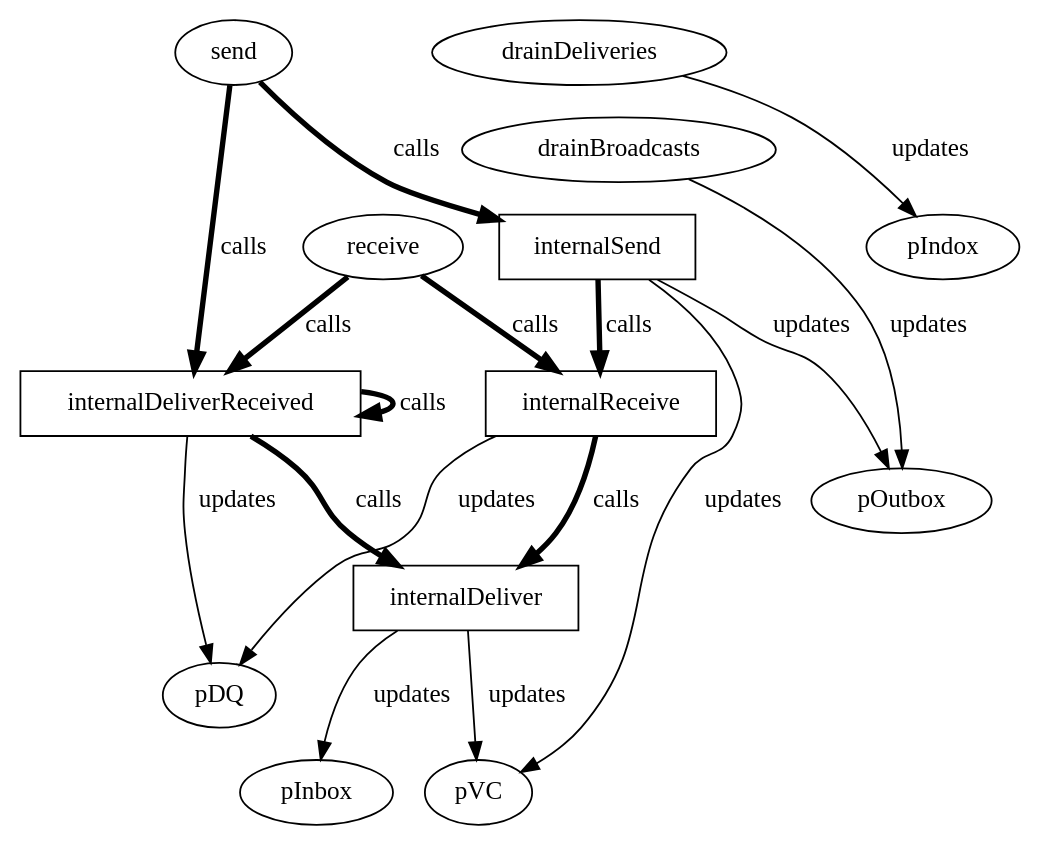
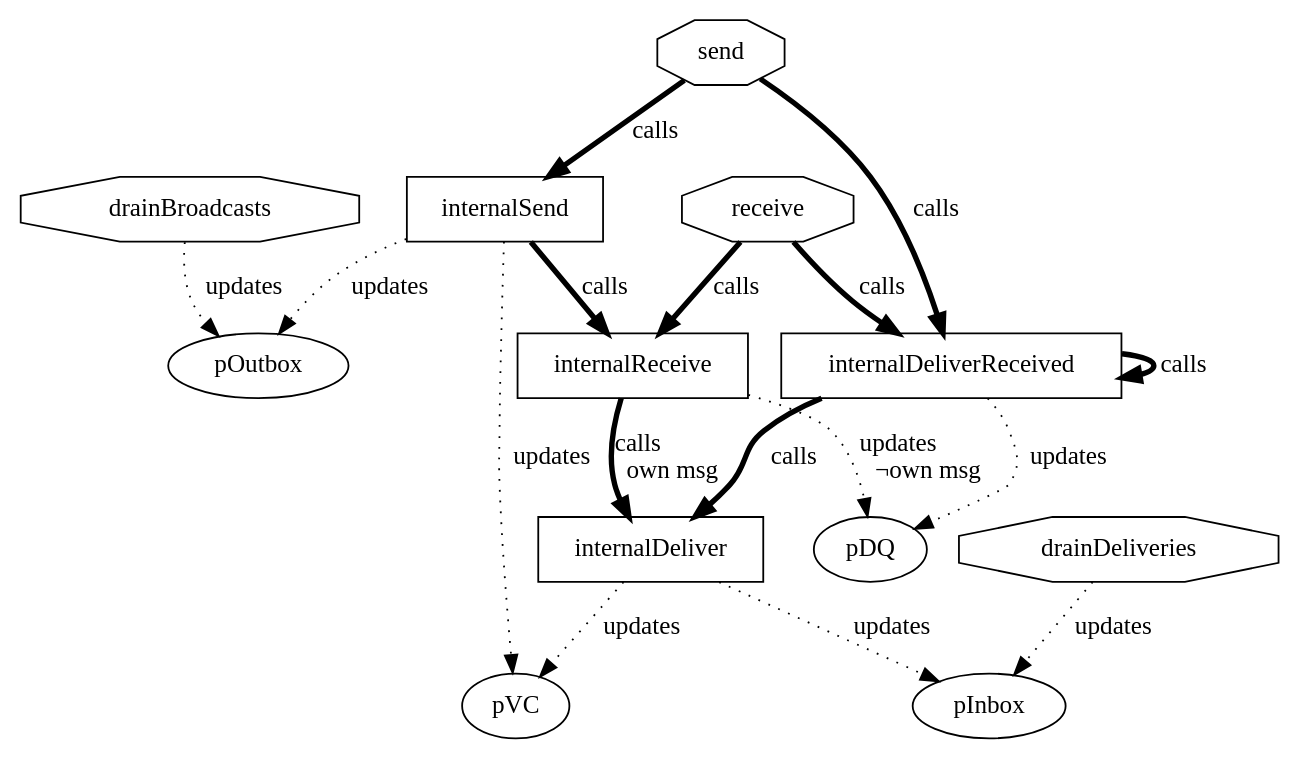
One commit to lsd-ucsc/cbcast-lh changed the diagram in impl.dot. Above: the diagram before and after it, drawn with Graphviz.

Commit message:
add dotgraph describing impl calls/state updates

```diff
--- a/impl.dot
+++ b/impl.dot
@@ -1,29 +1,34 @@
 digraph G {
     internalSend [shape=box];
     internalReceive [shape=box];
     internalDeliver [shape=box];
     internalDeliverReceived [shape=box];
 
-    internalSend -> pVC [label=updates, weight=0.1];
-    internalSend -> pOutbox [label=updates, weight=0.1];
-    internalSend -> internalReceive [label=calls, weight=10, penwidth=3];
+    send [shape=octagon];
+    receive [shape=octagon];
+    drainBroadcasts [shape=octagon];
+    drainDeliveries [shape=octagon];
 
-    internalReceive -> pDQ [label=updates, weight=0.1];
-    internalReceive -> internalDeliver [label=calls, weight=10, penwidth=3];
+    internalSend -> pVC [label=updates, style=dotted];
+    internalSend -> pOutbox [label=updates, style=dotted];
+    internalSend -> internalReceive [label=calls, penwidth=3];
 
-    internalDeliver -> pVC [label=updates, weight=0.1];
-    internalDeliver -> pInbox [label=updates, weight=0.1];
+    internalReceive -> pDQ [label="updates\l¬own msg", style=dotted];
+    internalReceive -> internalDeliver [label="calls\lown msg", penwidth=3];
 
-    internalDeliverReceived -> internalDeliver [label=calls, weight=10, penwidth=3];
-    internalDeliverReceived -> internalDeliverReceived [label=calls, weight=10, penwidth=3];
-    internalDeliverReceived -> pDQ [label=updates, weight=0.1];
+    internalDeliver -> pVC [label=updates, style=dotted];
+    internalDeliver -> pInbox [label=updates, style=dotted];
 
-    send -> internalSend [label=calls, weight=10, penwidth=3];
-    send -> internalDeliverReceived [label=calls, weight=10, penwidth=3];
+    internalDeliverReceived -> internalDeliver [label=calls, penwidth=3];
+    internalDeliverReceived -> internalDeliverReceived [label=calls, penwidth=3];
+    internalDeliverReceived -> pDQ [label=updates, style=dotted];
 
-    receive -> internalReceive [label=calls, weight=10, penwidth=3];
-    receive -> internalDeliverReceived [label=calls, weight=10, penwidth=3];
+    send -> internalSend [label=calls, penwidth=3];
+    send -> internalDeliverReceived [label=calls, penwidth=3];
 
-    drainBroadcasts -> pOutbox [label=updates, weight=0.1]
-    drainDeliveries -> pIndox [label=updates, weight=0.1]
+    receive -> internalReceive [label=calls, penwidth=3];
+    receive -> internalDeliverReceived [label=calls, penwidth=3];
+
+    drainBroadcasts -> pOutbox [label=updates, style=dotted]
+    drainDeliveries -> pInbox [label=updates, style=dotted]
 }
```
